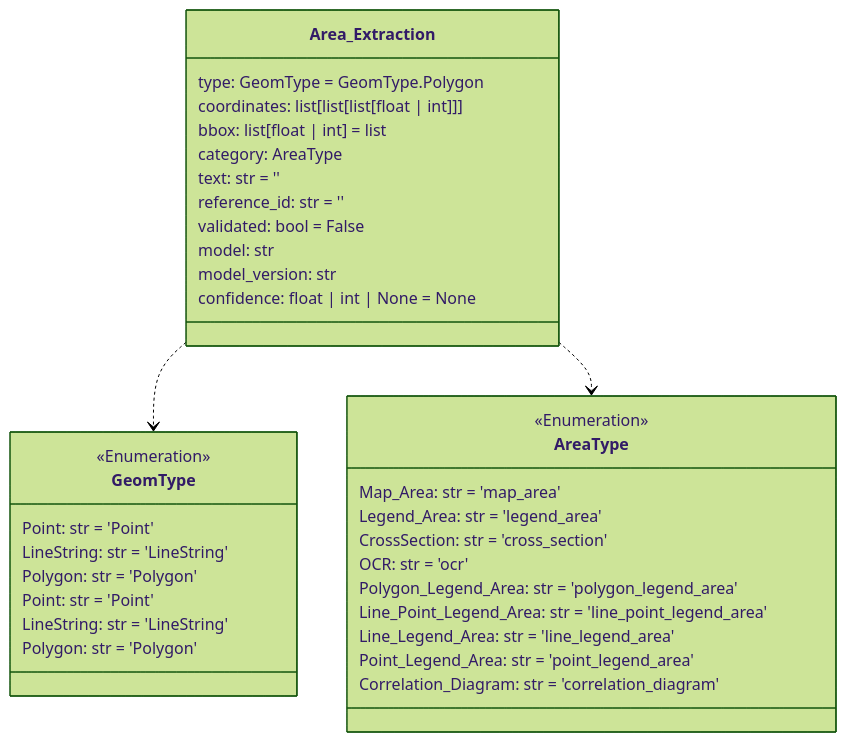
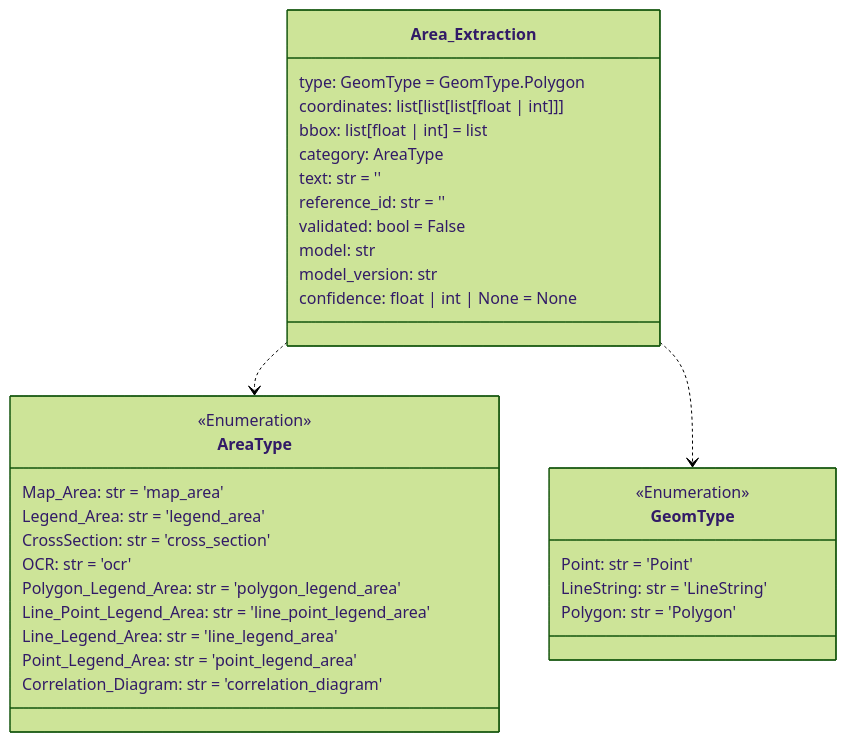
One commit to DARPA-CRITICALMAAS/cdr_schemas changed the first of 14 diagrams in README.md. Above: the diagram before and after it, drawn with Mermaid (forest theme). The commit also changed other lines of this file and 1 other file, not shown here.

````diff
--- a/README.md
+++ b/README.md
@@ -68,48 +68,41 @@
 ```mermaid
 classDiagram
 
-    class GeomType {
-        <<Enumeration>>
-        Point: str = 'Point'
-        LineString: str = 'LineString'
-        Polygon: str = 'Polygon'
+    class Area_Extraction {
+        type: GeomType = GeomType.Polygon
+        coordinates: list[list[list[float | int]]]
+        bbox: list[float | int] = list
+        category: AreaType
+        text: str = ''
+        reference_id: str = ''
+        validated: bool = False
+        model: str
+        model_version: str
+        confidence: float | int | None = None
     }
 
     class AreaType {
         <<Enumeration>>
         Map_Area: str = 'map_area'
         Legend_Area: str = 'legend_area'
         CrossSection: str = 'cross_section'
         OCR: str = 'ocr'
         Polygon_Legend_Area: str = 'polygon_legend_area'
         Line_Point_Legend_Area: str = 'line_point_legend_area'
         Line_Legend_Area: str = 'line_legend_area'
         Point_Legend_Area: str = 'point_legend_area'
         Correlation_Diagram: str = 'correlation_diagram'
     }
 
     class GeomType {
         <<Enumeration>>
         Point: str = 'Point'
         LineString: str = 'LineString'
         Polygon: str = 'Polygon'
     }
 
-    class Area_Extraction {
-        type: GeomType = GeomType.Polygon
-        coordinates: list[list[list[float | int]]]
-        bbox: list[float | int] = list
-        category: AreaType
-        text: str = ''
-        reference_id: str = ''
-        validated: bool = False
-        model: str
-        model_version: str
-        confidence: float | int | None = None
-    }
-
+    Area_Extraction ..> AreaType
     Area_Extraction ..> GeomType
-    Area_Extraction ..> AreaType
 
 
 ```
````
